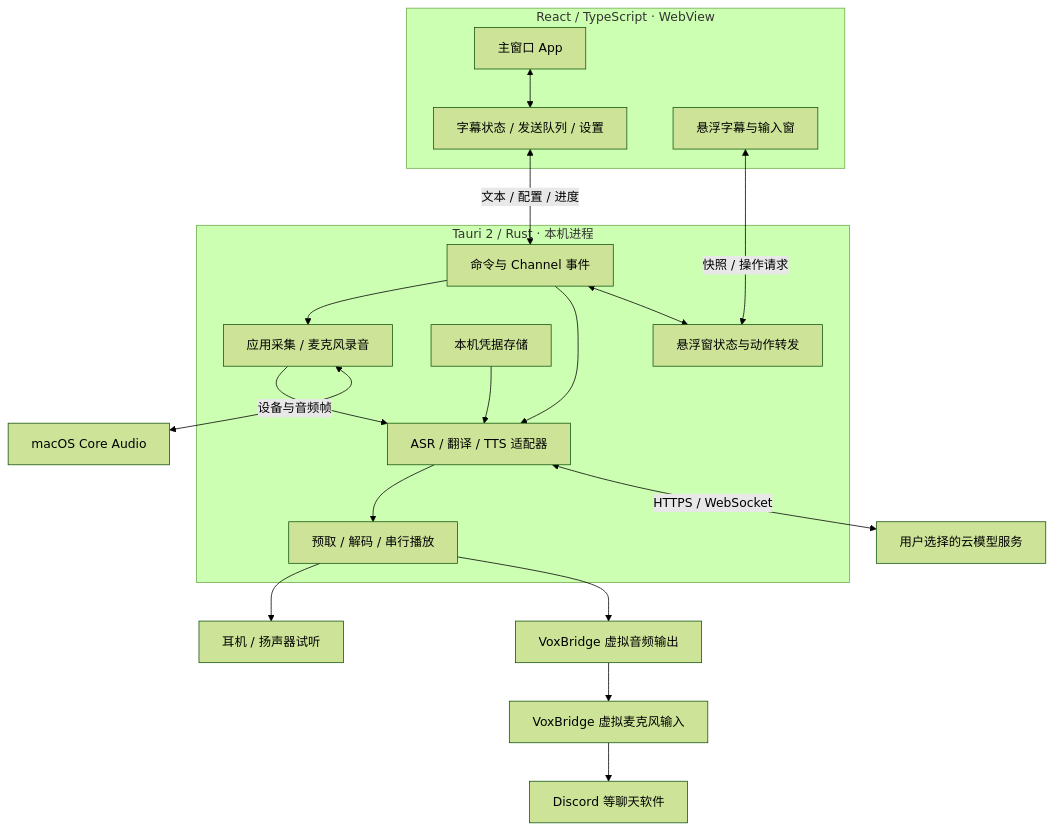
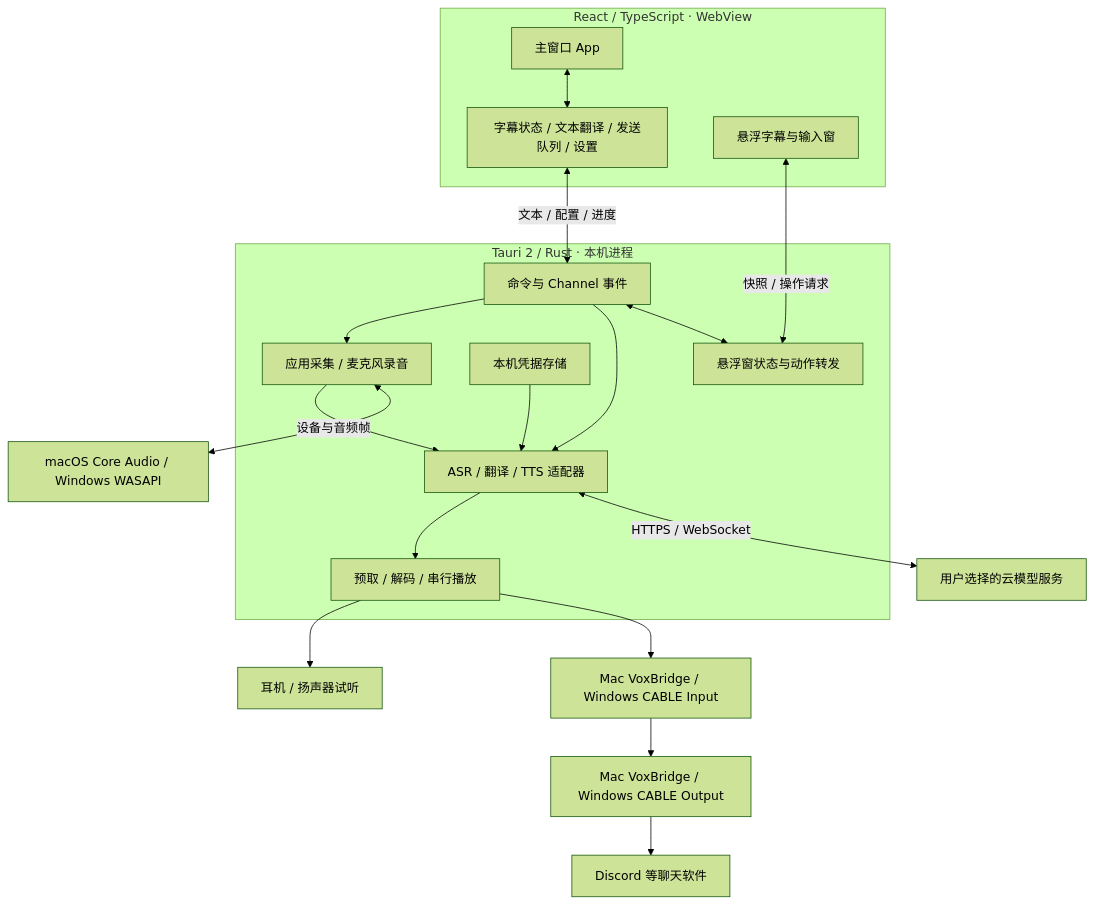
The first of 2 diagrams in docs/02-architecture.md (Zhiruosama/VoxBridge), drawn with Mermaid (forest theme) before and after one commit. The commit also changed other lines of this file and 85 other files, not shown here.

````diff
--- a/docs/02-architecture.md
+++ b/docs/02-architecture.md
@@ -11,31 +11,31 @@
 ```mermaid
 flowchart TB
   subgraph UI[React / TypeScript · WebView]
     Main[主窗口 App]
-    Core[字幕状态 / 发送队列 / 设置]
+    Core[字幕状态 / 文本翻译 / 发送队列 / 设置]
     Float[悬浮字幕与输入窗]
     Main <--> Core
   end
   subgraph Host[Tauri 2 / Rust · 本机进程]
     IPC[命令与 Channel 事件]
     Capture[应用采集 / 麦克风录音]
     Services[ASR / 翻译 / TTS 适配器]
     Playback[预取 / 解码 / 串行播放]
     Vault[本机凭据存储]
     Snapshots[悬浮窗状态与动作转发]
     IPC --> Capture
     Capture --> Services
     IPC --> Services
     Vault --> Services
     Services --> Playback
     IPC <--> Snapshots
   end
   Core <-->|文本 / 配置 / 进度| IPC
   Float <-->|快照 / 操作请求| Snapshots
-  Capture <-->|设备与音频帧| OS[macOS Core Audio]
+  Capture <-->|设备与音频帧| OS[macOS Core Audio / Windows WASAPI]
   Services <-->|HTTPS / WebSocket| Cloud[用户选择的云模型服务]
   Playback --> Preview[耳机 / 扬声器试听]
-  Playback --> Driver[VoxBridge 虚拟音频输出]
-  Driver --> Input[VoxBridge 虚拟麦克风输入]
+  Playback --> Driver[Mac VoxBridge / Windows CABLE Input]
+  Driver --> Input[Mac VoxBridge / Windows CABLE Output]
   Input --> Chat[Discord 等聊天软件]
 ```
````
